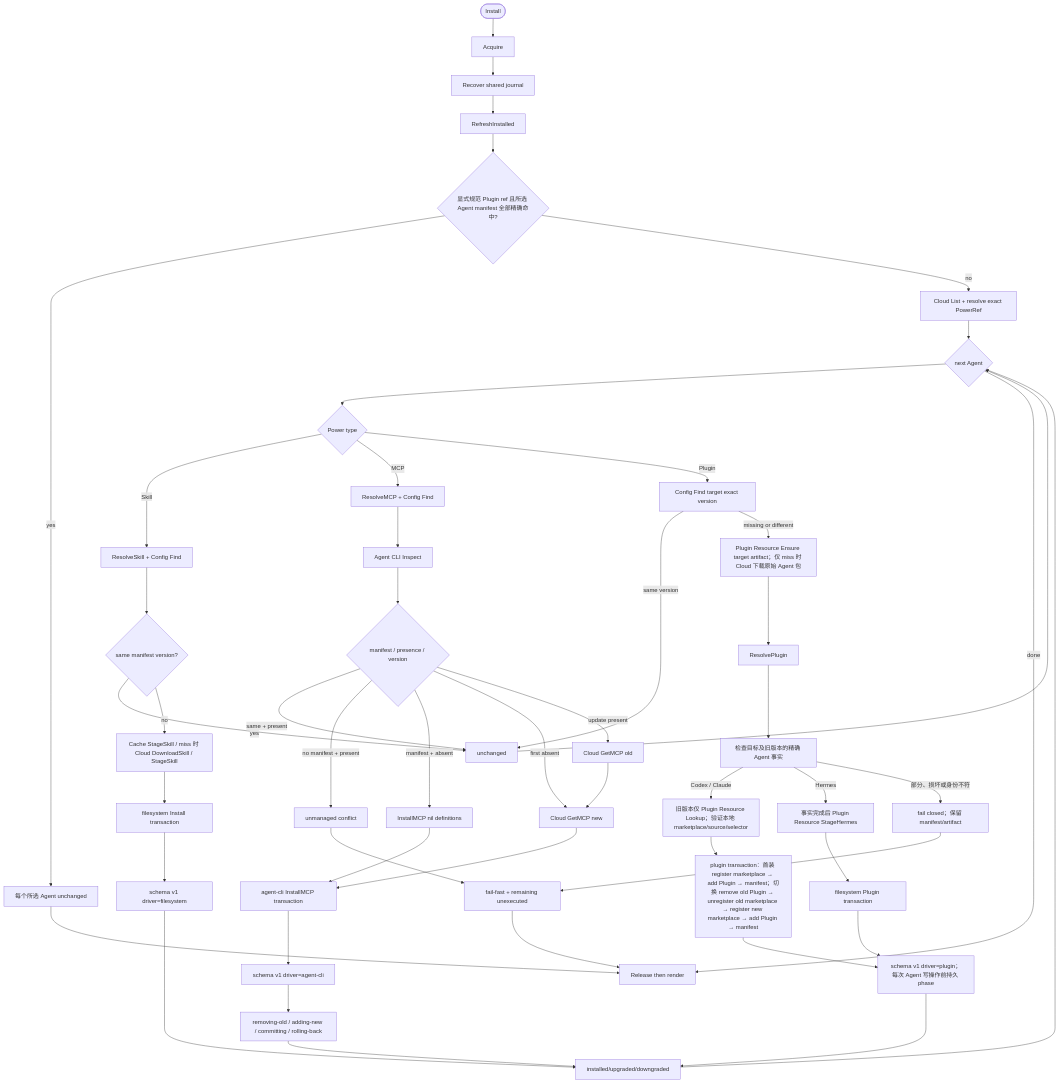
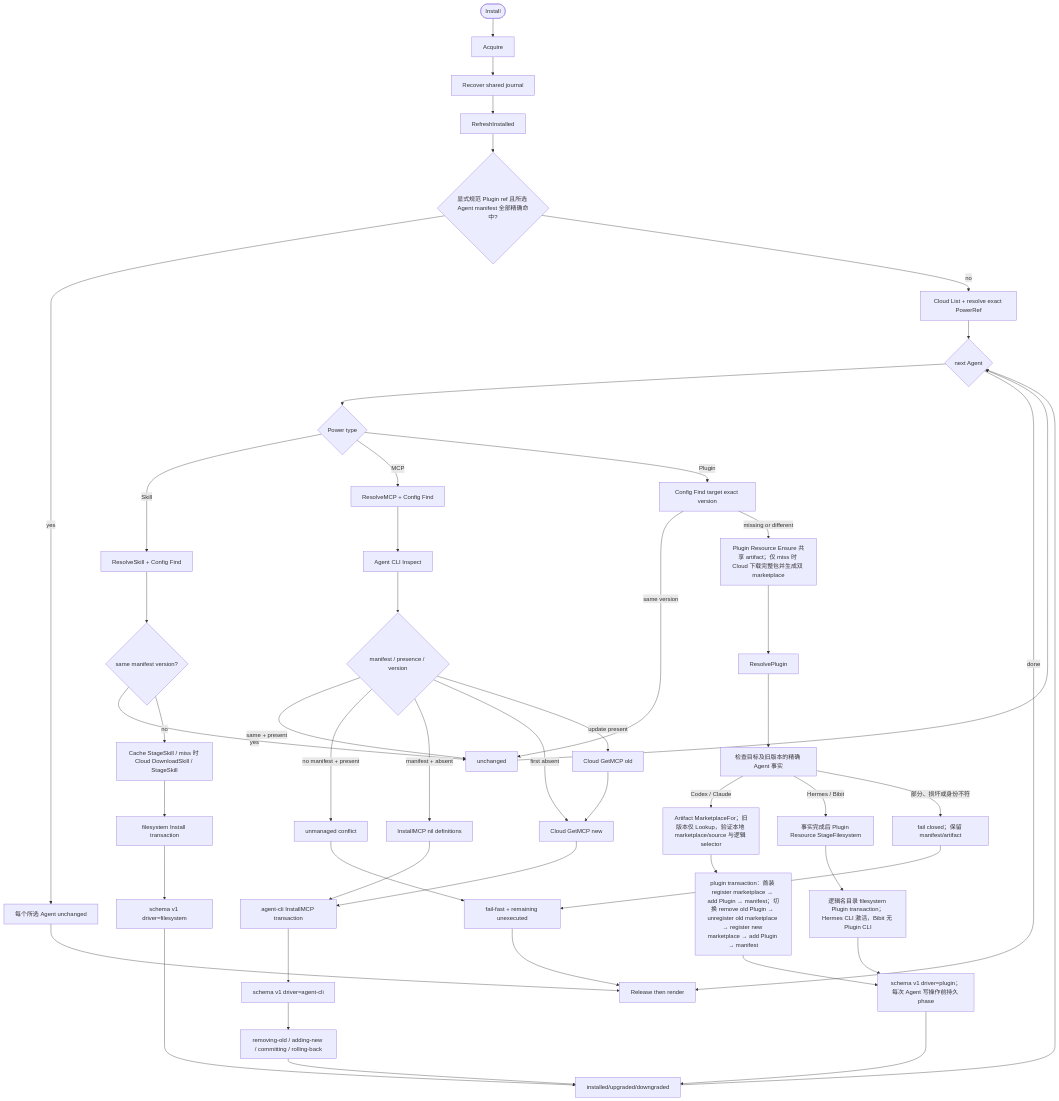
Before and after one commit to spacemit-com/agent-power-manager: the diagram in ivory-tower/c4/components/apm-cli-lifecycle-diagrams/install.mmd, drawn with Mermaid. The commit also changed 10 other files, not shown here.

Commit message:
docs(bibit): align shared plugin architecture

```diff
--- a/ivory-tower/c4/components/apm-cli-lifecycle-diagrams/install.mmd
+++ b/ivory-tower/c4/components/apm-cli-lifecycle-diagrams/install.mmd
@@ -1,50 +1,50 @@
 flowchart TD
     Start([Install]) --> Lock[Acquire]
     Lock --> Recover[Recover shared journal]
     Recover --> Refresh[RefreshInstalled]
     Refresh --> ExplicitPlugin{显式规范 Plugin ref 且所选 Agent manifest 全部精确命中?}
     ExplicitPlugin -->|yes| ManifestHit[每个所选 Agent unchanged] --> Release
     ExplicitPlugin -->|no| List[Cloud List + resolve exact PowerRef]
     List --> Agent{next Agent}
     Agent --> Type{Power type}
     Type -->|Skill| SkillResolve[ResolveSkill + Config Find]
     SkillResolve --> SkillSame{same manifest version?}
     SkillSame -->|yes| Unchanged[unchanged]
     SkillSame -->|no| Cache[Cache StageSkill / miss 时 Cloud DownloadSkill / StageSkill]
     Cache --> FSTx[filesystem Install transaction]
     FSTx --> FSJournal[schema v1 driver=filesystem]
 
     Type -->|MCP| MCPResolve[ResolveMCP + Config Find]
     MCPResolve --> MCPInspect[Agent CLI Inspect]
     MCPInspect --> MCPState{manifest / presence / version}
     MCPState -->|same + present| Unchanged
     MCPState -->|no manifest + present| Fail[unmanaged conflict]
     MCPState -->|manifest + absent| MCPStale[InstallMCP nil definitions]
     MCPState -->|first absent| NewDef[Cloud GetMCP new]
     MCPState -->|update present| OldDef[Cloud GetMCP old] --> NewDef
     NewDef --> MCPTx[agent-cli InstallMCP transaction]
     MCPStale --> MCPTx
     MCPTx --> MCPJournal[schema v1 driver=agent-cli]
     MCPJournal --> Phases[removing-old / adding-new / committing / rolling-back]
 
     Type -->|Plugin| PluginManifest[Config Find target exact version]
     PluginManifest -->|same version| Unchanged
-    PluginManifest -->|missing or different| PluginEnsure[Plugin Resource Ensure target artifact；仅 miss 时 Cloud 下载原始 Agent 包]
+    PluginManifest -->|missing or different| PluginEnsure[Plugin Resource Ensure 共享 artifact；仅 miss 时 Cloud 下载完整包并生成双 marketplace]
     PluginEnsure --> PluginResolve[ResolvePlugin]
     PluginResolve --> PluginFacts[检查目标及旧版本的精确 Agent 事实]
-    PluginFacts -->|Codex / Claude| PreviousLookup[旧版本仅 Plugin Resource Lookup；验证本地 marketplace/source/selector]
+    PluginFacts -->|Codex / Claude| PreviousLookup[Artifact MarketplaceFor；旧版本仅 Lookup，验证本地 marketplace/source 与逻辑 selector]
     PreviousLookup --> MarketplaceTx[plugin transaction：首装 register marketplace → add Plugin → manifest；切换 remove old Plugin → unregister old marketplace → register new marketplace → add Plugin → manifest]
-    PluginFacts -->|Hermes| HermesStage[事实完成后 Plugin Resource StageHermes] --> FilesystemPluginTx[filesystem Plugin transaction]
+    PluginFacts -->|Hermes / Bibit| FilesystemStage[事实完成后 Plugin Resource StageFilesystem] --> FilesystemPluginTx[逻辑名目录 filesystem Plugin transaction；Hermes CLI 激活，Bibit 无 Plugin CLI]
     MarketplaceTx --> PluginJournal[schema v1 driver=plugin；每次 Agent 写操作前持久 phase]
     FilesystemPluginTx --> PluginJournal
     PluginFacts -->|部分、损坏或身份不符| PluginFail[fail closed；保留 manifest/artifact]
 
     FSJournal --> Outcome[installed/upgraded/downgraded]
     Phases --> Outcome
     PluginJournal --> Outcome
     Unchanged --> Agent
     Outcome --> Agent
     Fail --> Batch[fail-fast + remaining unexecuted]
     PluginFail --> Batch
     Agent -->|done| Release[Release then render]
     Batch --> Release
```
